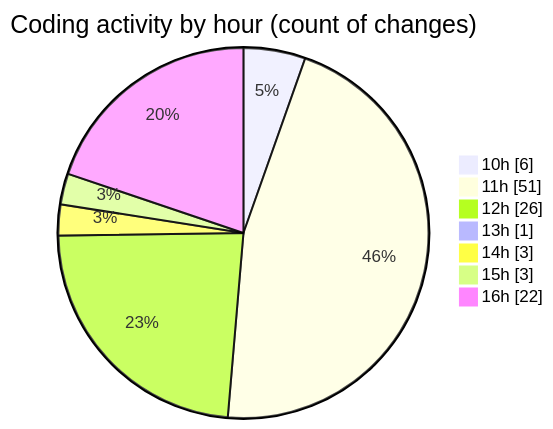
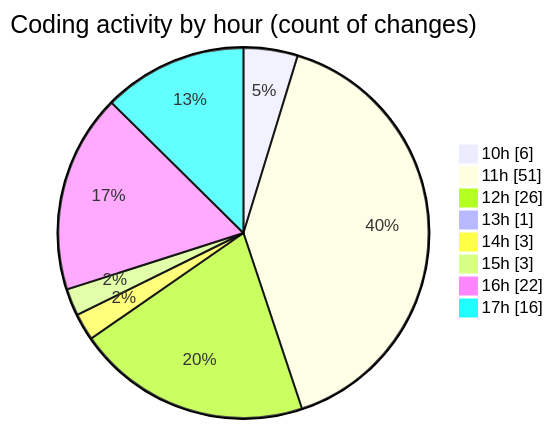
Before and after one commit to nxtqubesakshisongat/code-tracking: the second of 2 diagrams in 2026-04-09/airfeed-analytics-dashboard/README.md, drawn with Mermaid. The commit also changed other lines of this file and 1 other file, not shown here.

````diff
--- a/2026-04-09/airfeed-analytics-dashboard/README.md
+++ b/2026-04-09/airfeed-analytics-dashboard/README.md
@@ -38,11 +43,12 @@
 ```mermaid
 pie showData
 title Coding activity by hour (count of changes)
 "10h" : 6
 "11h" : 51
 "12h" : 26
 "13h" : 1
 "14h" : 3
 "15h" : 3
 "16h" : 22
+"17h" : 16
 ```
````
